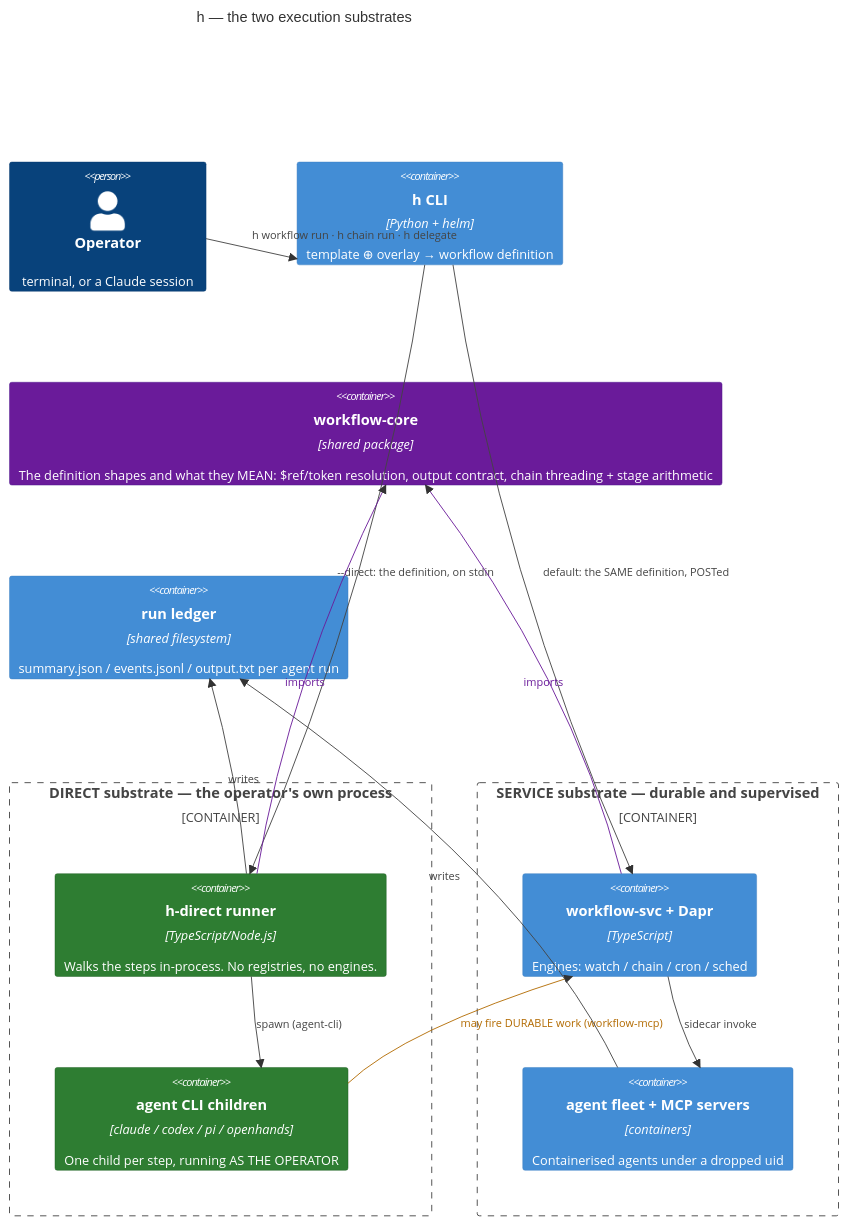
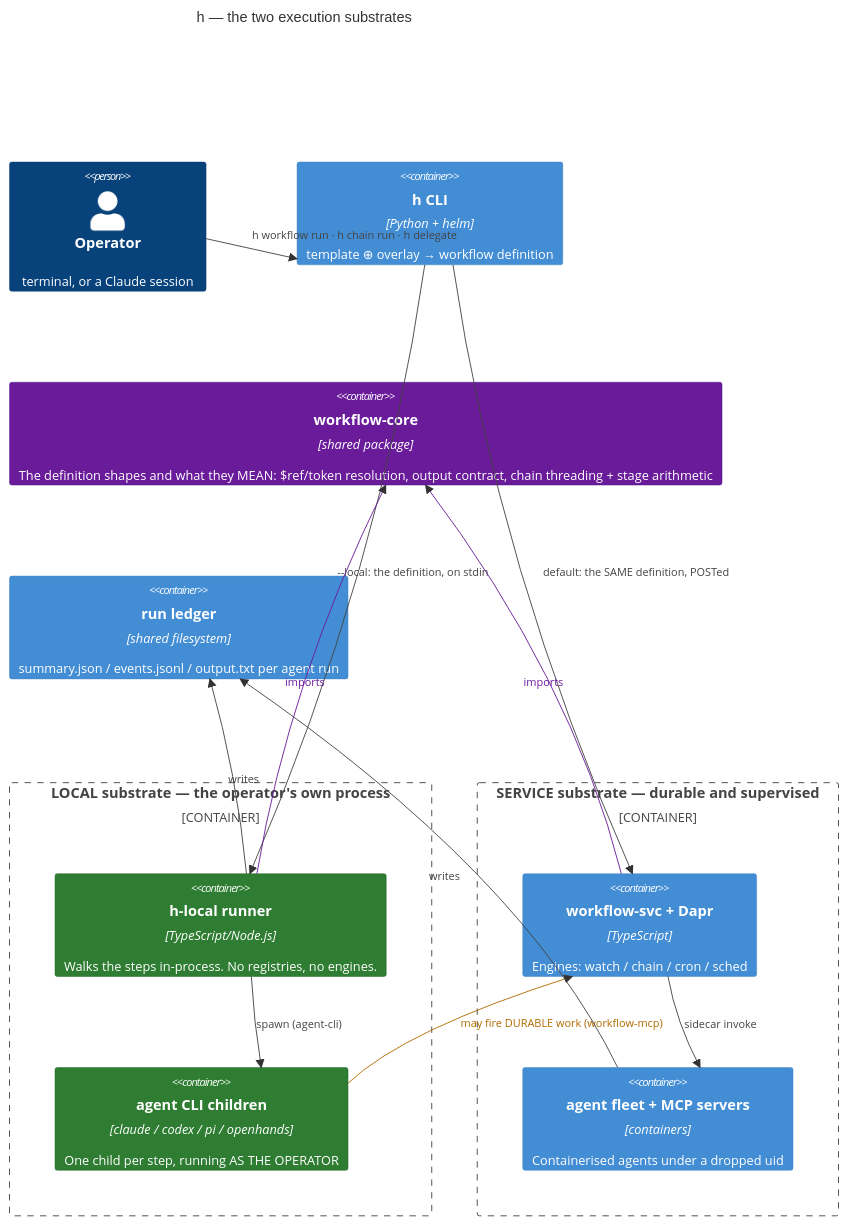
Before and after one commit to stiproot/h: the diagram in docs/diagrams/execution-substrates-c4-container.md, drawn with Mermaid. The commit also changed other lines of this file and 59 other files, not shown here.

````diff
--- a/docs/diagrams/execution-substrates-c4-container.md
+++ b/docs/diagrams/execution-substrates-c4-container.md
@@ -13,41 +13,41 @@
 ```mermaid
 C4Container
   title h — the two execution substrates
 
   UpdateLayoutConfig($c4ShapeInRow="2", $c4BoundaryInRow="2")
 
   Person(op, "Operator", "terminal, or a Claude session")
   Container(hcli, "h CLI", "Python + helm", "template ⊕ overlay → workflow definition")
 
-  Container_Boundary(direct, "DIRECT substrate — the operator's own process") {
-    Container(runner, "h-direct runner", "TypeScript/Node.js", "Walks the steps in-process. No registries, no engines.")
+  Container_Boundary(localsub, "LOCAL substrate — the operator's own process") {
+    Container(runner, "h-local runner", "TypeScript/Node.js", "Walks the steps in-process. No registries, no engines.")
     Container(dclis, "agent CLI children", "claude / codex / pi / openhands", "One child per step, running AS THE OPERATOR")
   }
 
   Container_Boundary(svc, "SERVICE substrate — durable and supervised") {
     Container(wfsvc, "workflow-svc + Dapr", "TypeScript", "Engines: watch / chain / cron / sched")
     Container(fleet, "agent fleet + MCP servers", "containers", "Containerised agents under a dropped uid")
   }
 
   Container(core, "workflow-core", "shared package", "The definition shapes and what they MEAN: $ref/token resolution, output contract, chain threading + stage arithmetic")
   Container(ledger, "run ledger", "shared filesystem", "summary.json / events.jsonl / output.txt per agent run")
 
   Rel(op, hcli, "h workflow run · h chain run · h delegate")
-  Rel(hcli, runner, "--direct: the definition, on stdin")
+  Rel(hcli, runner, "--local: the definition, on stdin")
   Rel(hcli, wfsvc, "default: the SAME definition, POSTed")
   Rel(runner, dclis, "spawn (agent-cli)")
   Rel(wfsvc, fleet, "sidecar invoke")
   Rel(dclis, wfsvc, "may fire DURABLE work (workflow-mcp)")
   Rel(runner, core, "imports")
   Rel(wfsvc, core, "imports")
   Rel(runner, ledger, "writes")
   Rel(fleet, ledger, "writes")
 
   UpdateElementStyle(runner, $bgColor="#2e7d32", $borderColor="#1b5e20")
   UpdateElementStyle(dclis, $bgColor="#2e7d32", $borderColor="#1b5e20")
   UpdateElementStyle(core, $bgColor="#6a1b9a", $borderColor="#4a148c")
   UpdateRelStyle(dclis, wfsvc, $textColor="#b26a00", $lineColor="#b26a00", $offsetY="-10")
   UpdateRelStyle(op, hcli, $offsetY="-18")
   UpdateRelStyle(runner, core, $textColor="#6a1b9a", $lineColor="#6a1b9a", $offsetX="-40")
   UpdateRelStyle(wfsvc, core, $textColor="#6a1b9a", $lineColor="#6a1b9a")
 ```
````
